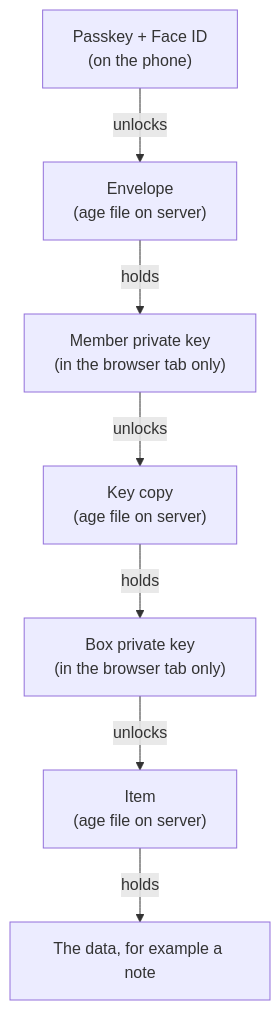
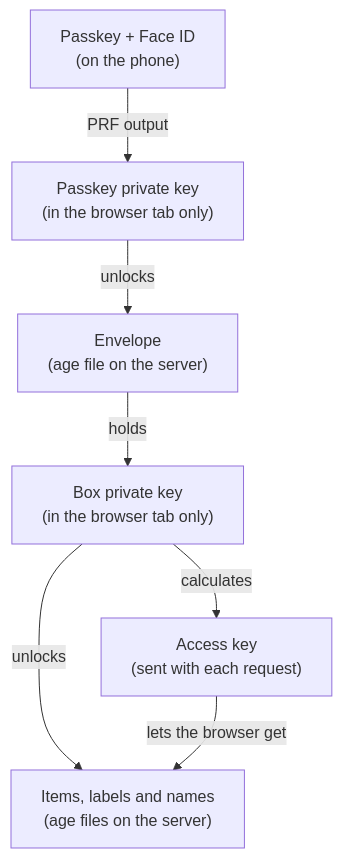
The first of 2 diagrams in docs/README.md (intaniger/secretbox), drawn with Mermaid before and after one commit. The commit also changed other lines of this file and 30 other files, not shown here.

First line of the commit message:
No accounts, no roles, names only when inviting, four tables (#2)

````diff
--- a/docs/README.md
+++ b/docs/README.md
@@ -53,9 +58,9 @@
 ```mermaid
 flowchart TD
-  P["Passkey + Face ID<br/>(on the phone)"] -->|unlocks| E["Envelope<br/>(age file on server)"]
-  E -->|holds| M["Member private key<br/>(in the browser tab only)"]
-  M -->|unlocks| K["Key copy<br/>(age file on server)"]
-  K -->|holds| B["Box private key<br/>(in the browser tab only)"]
-  B -->|unlocks| I["Item<br/>(age file on server)"]
-  I -->|holds| T["The data, for example a note"]
+  P["Passkey + Face ID<br/>(on the phone)"] -->|PRF output| K["Passkey private key<br/>(in the browser tab only)"]
+  K -->|unlocks| E["Envelope<br/>(age file on the server)"]
+  E -->|holds| B["Box private key<br/>(in the browser tab only)"]
+  B -->|unlocks| I["Items, labels and names<br/>(age files on the server)"]
+  B -->|calculates| A["Access key<br/>(sent with each request)"]
+  A -->|lets the browser get| I
 ```
````
